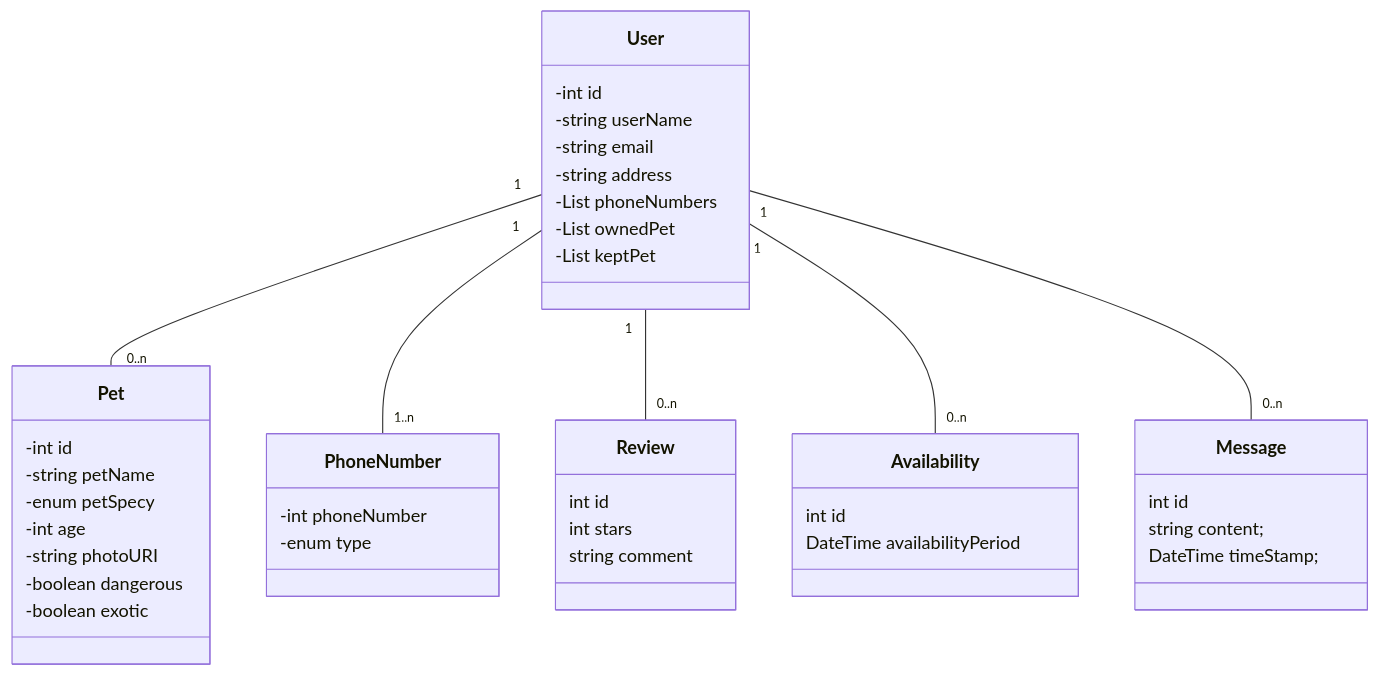
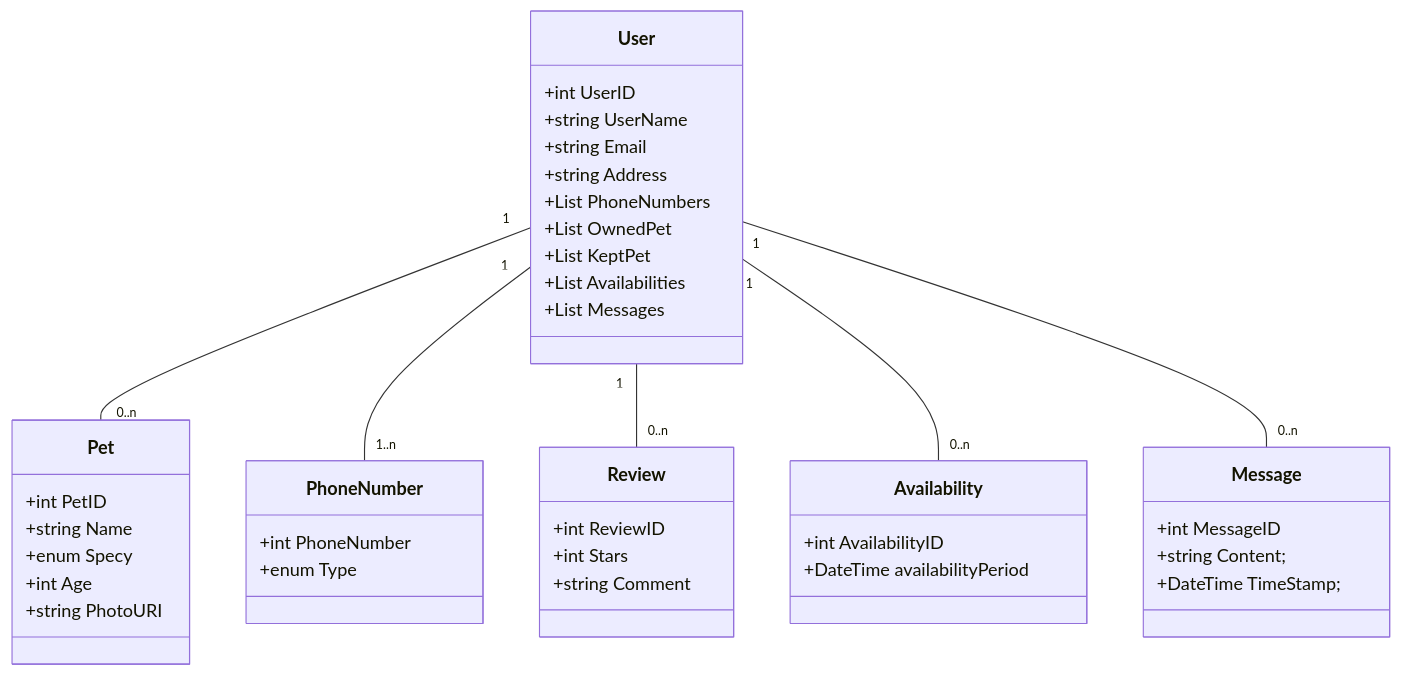
One commit to bryan-jose-valdiviezo/sit-a-pup changed the diagram in README.md. Above: the diagram before and after it, drawn with Mermaid.

````diff
--- a/README.md
+++ b/README.md
@@ -5,44 +5,44 @@
 ```mermaid
  classDiagram
       User "1" -- "0..n" Pet
       User "1" -- "1..n" PhoneNumber
       User "1" -- "0..n" Review
       User "1" -- "0..n" Availability
       User "1" -- "0..n" Message
       class User {
-            -int id
-            -string userName
-            -string email
-            -string address
-            -List<PhoneNumber> phoneNumbers
-            -List<Pet> ownedPet
-            -List<Pet> keptPet
+            +int UserID
+            +string UserName
+            +string Email
+            +string Address
+            +List<PhoneNumber> PhoneNumbers
+            +List<Pet> OwnedPet
+            +List<Pet> KeptPet
+            +List<Availability> Availabilities
+            +List<Message> Messages
       }
       class PhoneNumber {
-            -int phoneNumber
-            -enum type
+            +int PhoneNumber
+            +enum Type
       }
       class Pet {
-		-int id
-		-string petName
-		-enum petSpecy
-            -int age
-            -string photoURI
-            -boolean dangerous
-            -boolean exotic
+		+int PetID
+		+string Name
+		+enum Specy
+            +int Age
+            +string PhotoURI
 	}
       class Review {
-            int id
-            int stars
-            string comment
+            +int ReviewID
+            +int Stars
+            +string Comment
       }
       class Availability {
-            int id
-            DateTime availabilityPeriod 
+            +int AvailabilityID
+            +DateTime availabilityPeriod 
       }
       class Message {
-            int id
-            string content;
-            DateTime timeStamp;
+            +int MessageID
+            +string Content;
+            +DateTime TimeStamp;
       }
 ```
````
